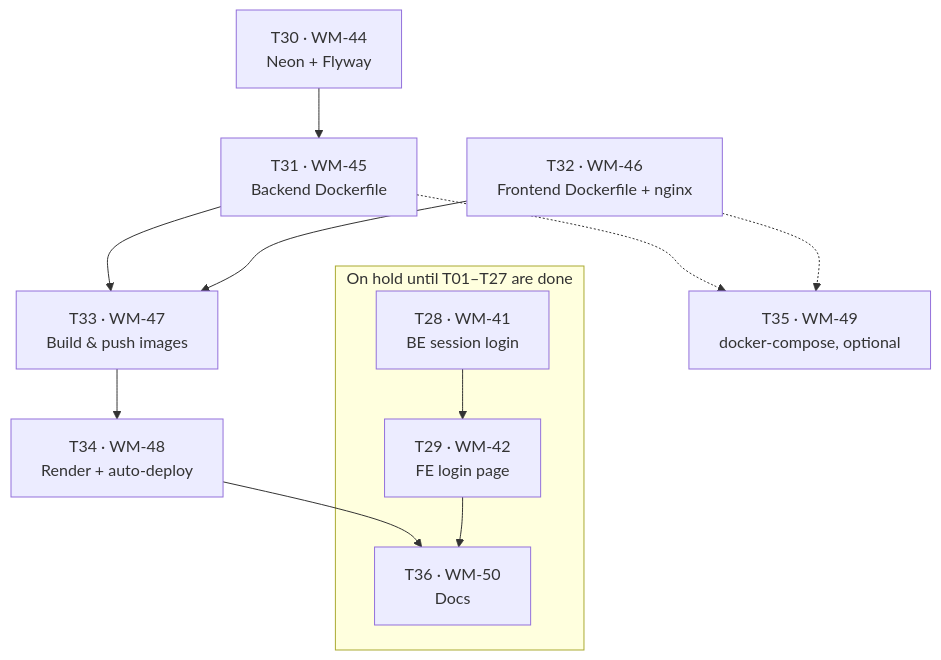
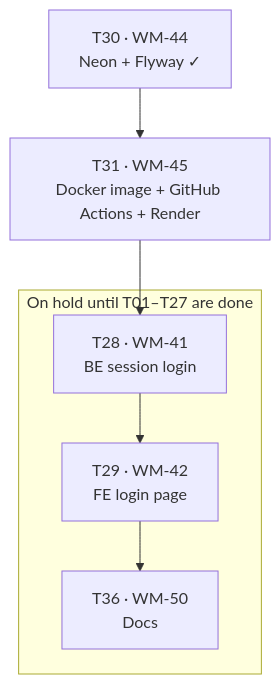
The eighth of 8 diagrams in docs/PLAN.md (Ramiismaeel/warehouse-management), drawn with Mermaid before and after one commit. The commit also changed other lines of this file and 8 other files, not shown here.

````diff
--- a/docs/PLAN.md
+++ b/docs/PLAN.md
@@ -299,16 +297,10 @@
 ```mermaid
 flowchart TD
-    T30[T30 · WM-44<br/>Neon + Flyway] --> T31[T31 · WM-45<br/>Backend Dockerfile]
-    T32[T32 · WM-46<br/>Frontend Dockerfile + nginx]
-    T31 --> T33[T33 · WM-47<br/>Build & push images]
-    T32 --> T33
-    T33 --> T34[T34 · WM-48<br/>Render + auto-deploy]
-    T31 -.-> T35[T35 · WM-49<br/>docker-compose, optional]
-    T32 -.-> T35
+    T30[T30 · WM-44<br/>Neon + Flyway ✓] --> T31[T31 · WM-45<br/>Docker image + GitHub Actions + Render]
     subgraph HOLD[On hold until T01–T27 are done]
         T28[T28 · WM-41<br/>BE session login] --> T29[T29 · WM-42<br/>FE login page]
         T36[T36 · WM-50<br/>Docs]
     end
-    T34 --> T36
+    T31 --> T28
     T29 --> T36
 ```
````
